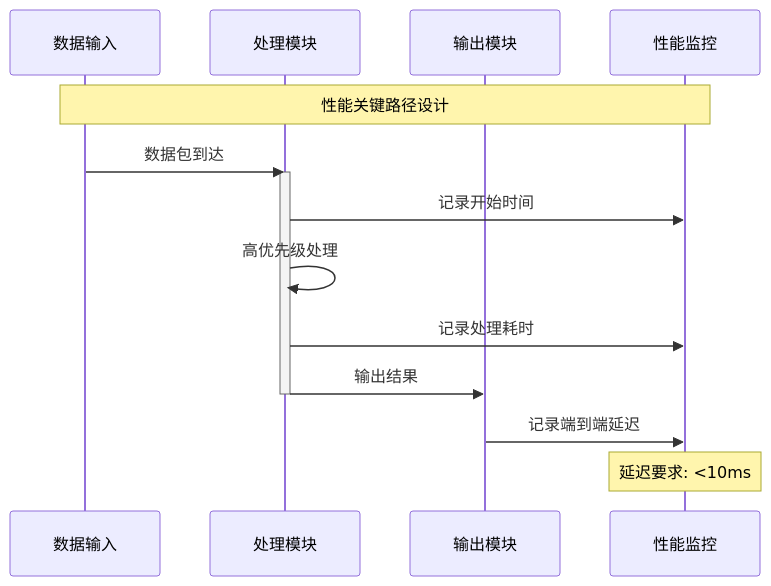
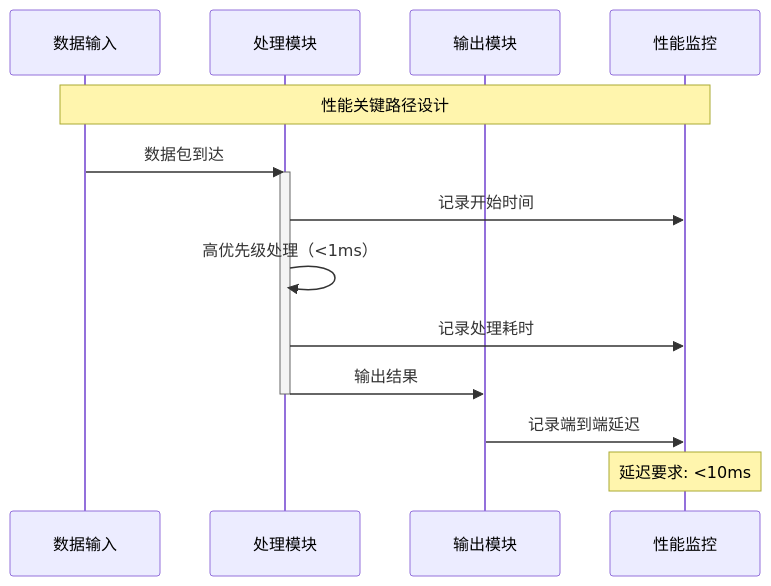
The fourth of 10 diagrams in docs/01_项目设计/01_项目设计/04_核心设计原则.md (wendizhou99-cell/Radar), drawn with Mermaid before and after one commit. The commit also changed other lines of this file and 12 other files, not shown here.

````diff
--- a/docs/01_项目设计/01_项目设计/04_核心设计原则.md
+++ b/docs/01_项目设计/01_项目设计/04_核心设计原则.md
@@ -340,20 +475,20 @@
 ```mermaid
 sequenceDiagram
     participant Input as 数据输入
     participant Process as 处理模块
     participant Output as 输出模块
     participant Monitor as 性能监控
 
     Note over Input,Monitor: 性能关键路径设计
 
     Input->>Process: 数据包到达
     activate Process
     Process->>Monitor: 记录开始时间
-    Process->>Process: 高优先级处理
+    Process->>Process: 高优先级处理（<1ms）
     Process->>Monitor: 记录处理耗时
     Process->>Output: 输出结果
     deactivate Process
     Output->>Monitor: 记录端到端延迟
 
     Note over Monitor: 延迟要求: <10ms
 ```
````
